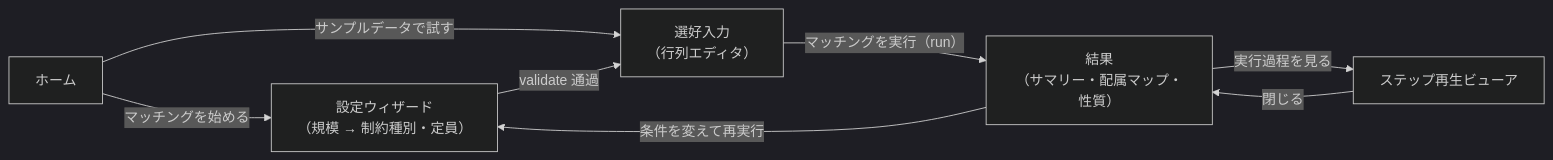
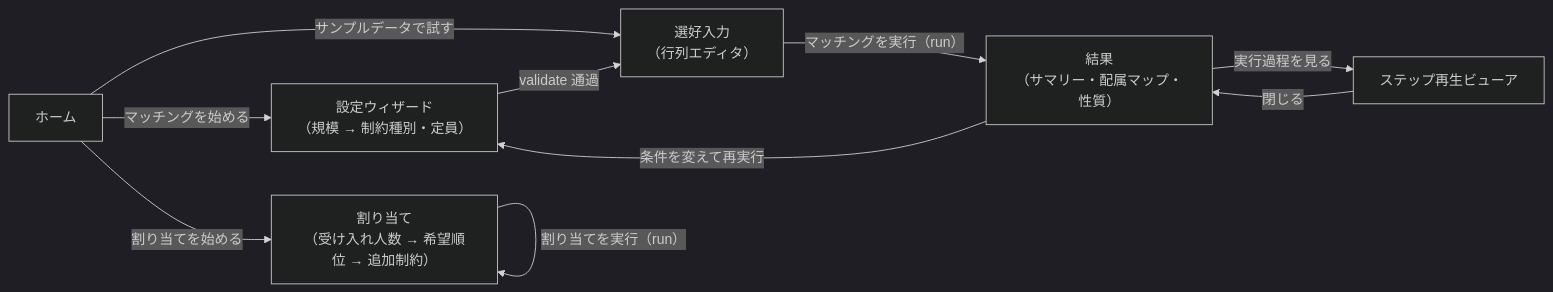
Before and after one commit to my-shelfio/ennx: the second of 4 diagrams in docs/system-spec.md, drawn with Mermaid (dark theme). The commit also changed other lines of this file and 8 other files, not shown here.

````diff
--- a/docs/system-spec.md
+++ b/docs/system-spec.md
@@ -143,10 +143,13 @@
 ```mermaid
 flowchart LR
     home["ホーム"] -->|マッチングを始める| setup["設定ウィザード<br>（規模 → 制約種別・定員）"]
     home -->|サンプルデータで試す| pref["選好入力<br>（行列エディタ）"]
     setup -->|validate 通過| pref
     pref -->|マッチングを実行（run）| result["結果<br>（サマリー・配属マップ・性質）"]
     result -->|実行過程を見る| player["ステップ再生ビューア"]
     player -->|閉じる| result
     result -->|条件を変えて再実行| setup
+
+    home -->|割り当てを始める| assign["割り当て<br>（受け入れ人数 → 希望順位 → 追加制約）"]
+    assign -->|割り当てを実行（run）| assign
 ```
````
